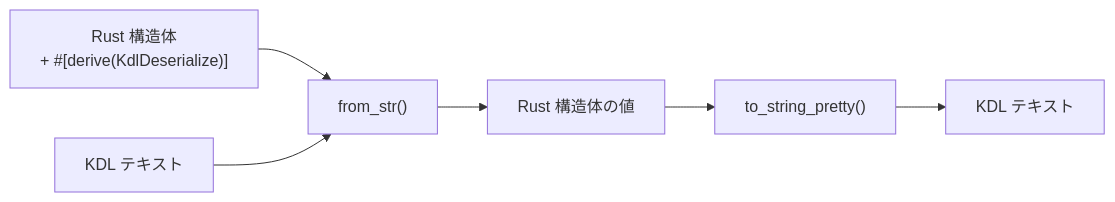
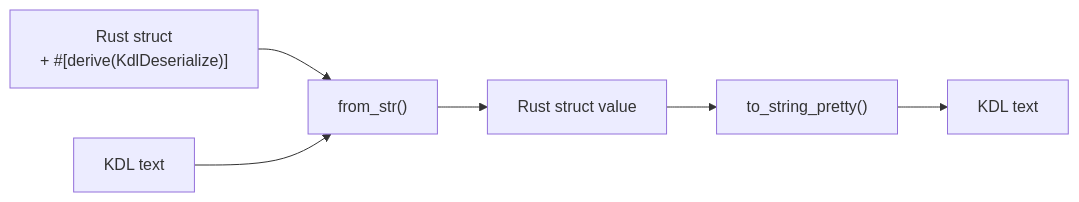
One commit to chronista-club/club-kdl changed the diagram in README.md. Above: the diagram before and after it, drawn with Mermaid. The commit also changed other lines of this file and 14 other files, not shown here.

````diff
--- a/README.md
+++ b/README.md
@@ -35,8 +35,8 @@
 ```mermaid
 flowchart LR
-    A["Rust 構造体\n+ #[derive(KdlDeserialize)]"] --> B["from_str()"]
-    C["KDL テキスト"] --> B
-    B --> D["Rust 構造体の値"]
+    A["Rust struct\n+ #[derive(KdlDeserialize)]"] --> B["from_str()"]
+    C["KDL text"] --> B
+    B --> D["Rust struct value"]
     D --> E["to_string_pretty()"]
-    E --> F["KDL テキスト"]
+    E --> F["KDL text"]
 ```
````
